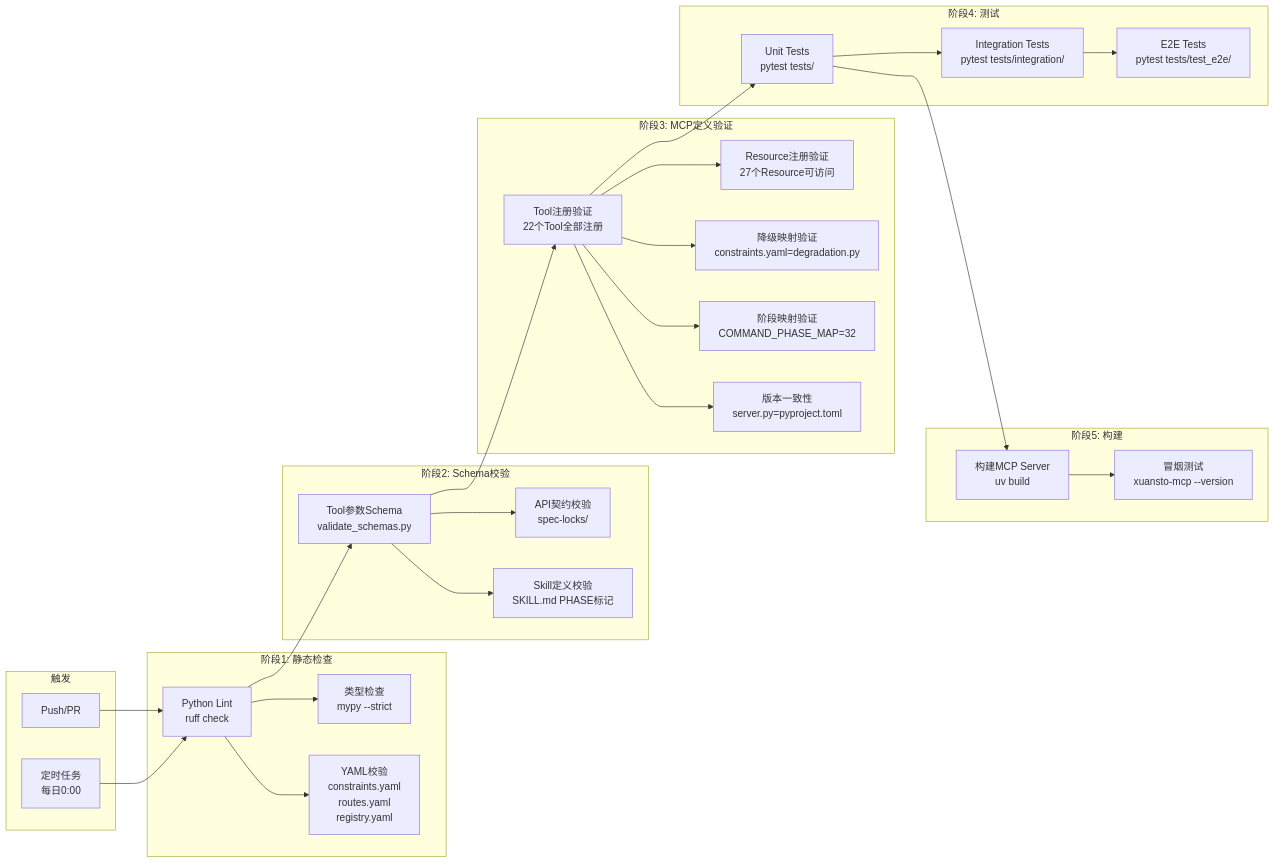
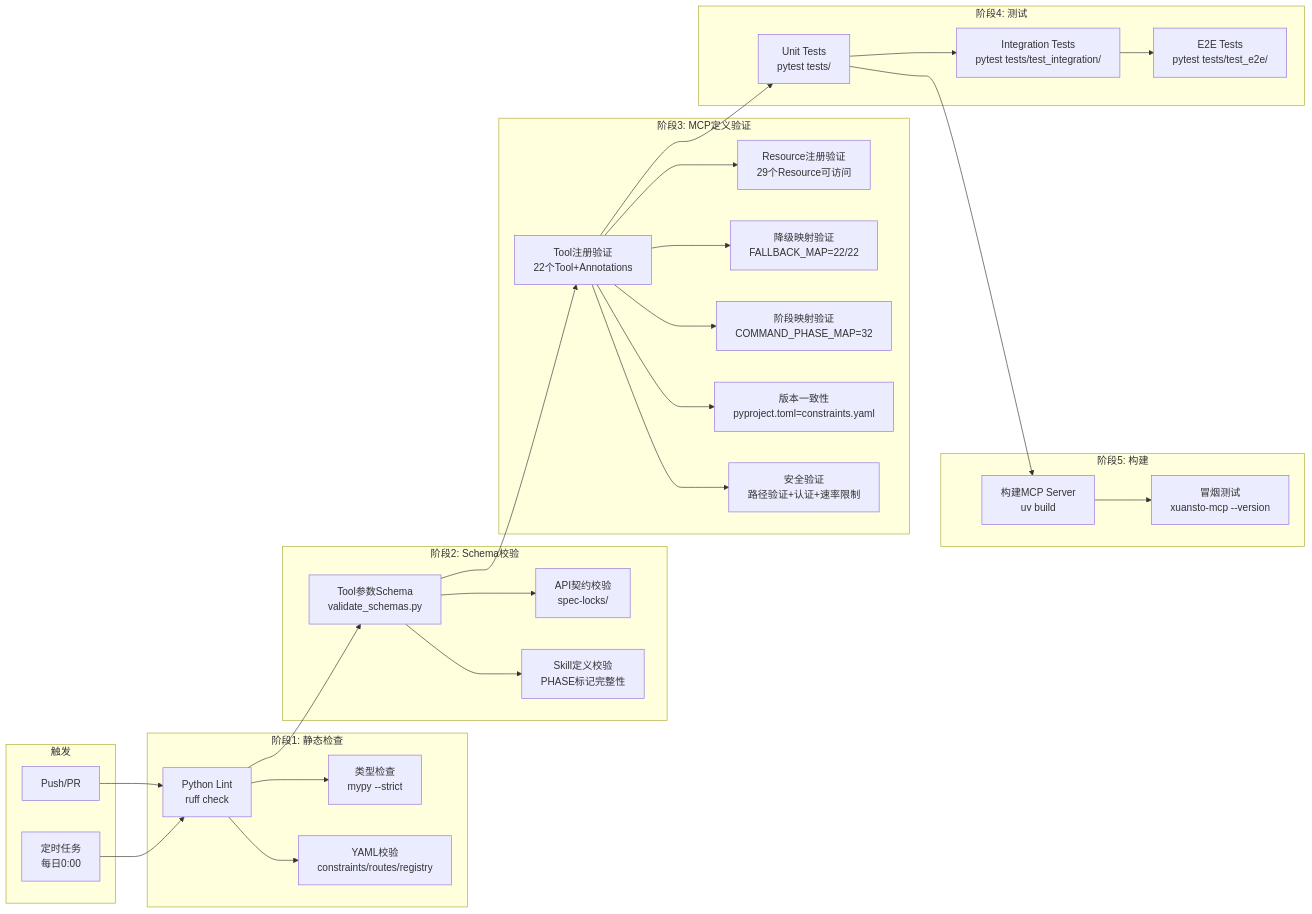
The sixth of 6 diagrams in docs/plan/REFACTOR_PLAN.md (xuanyuanchumo/xuansto), drawn with Mermaid before and after one commit. The commit also changed other lines of this file and 138 other files, not shown here.

````diff
--- a/docs/plan/REFACTOR_PLAN.md
+++ b/docs/plan/REFACTOR_PLAN.md
@@ -795,52 +619,54 @@
 ```mermaid
 graph LR
     subgraph "触发"
         PUSH[Push/PR]
         SCHEDULE[定时任务<br/>每日0:00]
     end
 
     subgraph "阶段1: 静态检查"
         LINT[Python Lint<br/>ruff check]
         TYPE[类型检查<br/>mypy --strict]
-        YAML[YAML校验<br/>constraints.yaml<br/>routes.yaml<br/>registry.yaml]
+        YAML[YAML校验<br/>constraints/routes/registry]
     end
 
     subgraph "阶段2: Schema校验"
         TOOL_SCHEMA[Tool参数Schema<br/>validate_schemas.py]
         API_CONTRACT[API契约校验<br/>spec-locks/]
-        SKILL_DEF[Skill定义校验<br/>SKILL.md PHASE标记]
+        SKILL_DEF[Skill定义校验<br/>PHASE标记完整性]
     end
 
     subgraph "阶段3: MCP定义验证"
-        TOOL_REG[Tool注册验证<br/>22个Tool全部注册]
-        RES_REG[Resource注册验证<br/>27个Resource可访问]
-        DEGR_MAP[降级映射验证<br/>constraints.yaml=degradation.py]
+        TOOL_REG[Tool注册验证<br/>22个Tool+Annotations]
+        RES_REG[Resource注册验证<br/>29个Resource可访问]
+        DEGR_MAP[降级映射验证<br/>FALLBACK_MAP=22/22]
         PHASE_MAP[阶段映射验证<br/>COMMAND_PHASE_MAP=32]
-        VERSION[版本一致性<br/>server.py=pyproject.toml]
+        VERSION[版本一致性<br/>pyproject.toml=constraints.yaml]
+        SECURITY[安全验证<br/>路径验证+认证+速率限制]
     end
 
     subgraph "阶段4: 测试"
         UNIT[Unit Tests<br/>pytest tests/]
-        INT[Integration Tests<br/>pytest tests/integration/]
+        INT[Integration Tests<br/>pytest tests/test_integration/]
         E2E[E2E Tests<br/>pytest tests/test_e2e/]
     end
 
     subgraph "阶段5: 构建"
         BUILD[构建MCP Server<br/>uv build]
         SMOKE[冒烟测试<br/>xuansto-mcp --version]
     end
 
     PUSH --> LINT --> TOOL_SCHEMA --> TOOL_REG --> UNIT --> BUILD
     LINT --> TYPE
     LINT --> YAML
     TOOL_SCHEMA --> API_CONTRACT
     TOOL_SCHEMA --> SKILL_DEF
     TOOL_REG --> RES_REG
     TOOL_REG --> DEGR_MAP
     TOOL_REG --> PHASE_MAP
     TOOL_REG --> VERSION
+    TOOL_REG --> SECURITY
     UNIT --> INT --> E2E
     BUILD --> SMOKE
 
     SCHEDULE --> LINT
 ```
````
